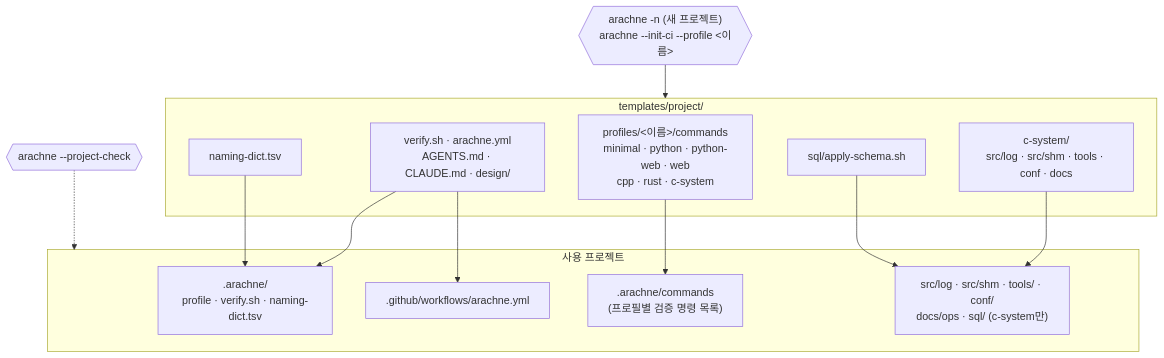
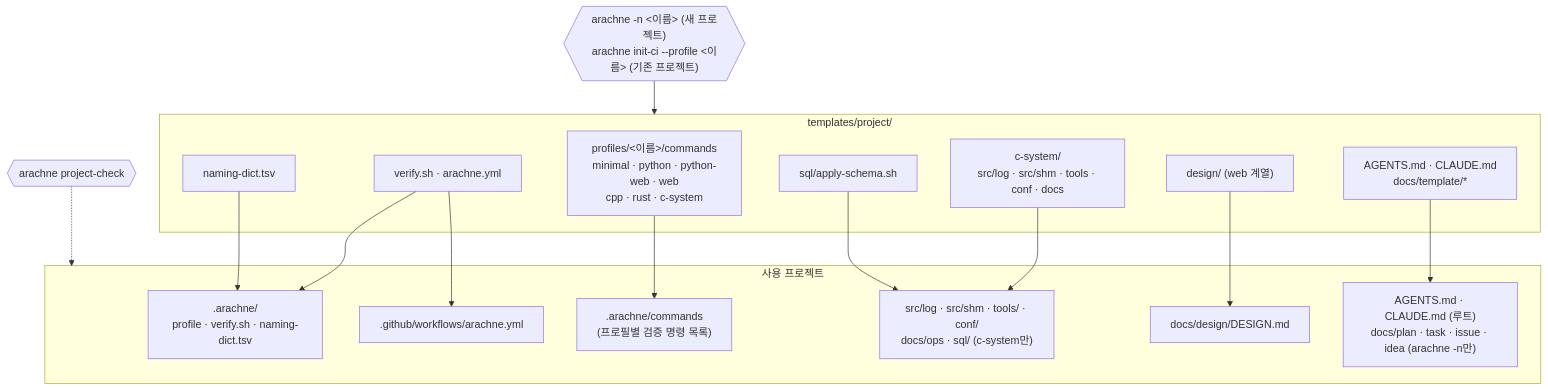
One commit to jomarusoup/Arachne changed the sixth of 7 diagrams in docs/ARCHITECTURE.md. Above: the diagram before and after it, drawn with Mermaid. The commit also changed other lines of this file and 18 other files, not shown here.

````diff
--- a/docs/ARCHITECTURE.md
+++ b/docs/ARCHITECTURE.md
@@ -437,25 +471,31 @@
 ```mermaid
 flowchart TB
-    CMD{{"arachne -n (새 프로젝트)<br/>arachne --init-ci --profile &lt;이름&gt;"}}
+    CMD{{"arachne -n &lt;이름&gt; (새 프로젝트)<br/>arachne init-ci --profile &lt;이름&gt; (기존 프로젝트)"}}
     subgraph TPL["templates/project/"]
         PROF["profiles/&lt;이름&gt;/commands<br/>minimal · python · python-web · web<br/>cpp · rust · c-system"]
-        COMMON["verify.sh · arachne.yml<br/>AGENTS.md · CLAUDE.md · design/"]
+        COMMON["verify.sh · arachne.yml"]
+        DESIGN["design/ (web 계열)"]
+        NEWONLY["AGENTS.md · CLAUDE.md<br/>docs/template/*"]
         KIT["c-system/<br/>src/log · src/shm · tools · conf · docs"]
         SQL["sql/apply-schema.sh"]
         DICT["naming-dict.tsv"]
     end
     subgraph PROJ["사용 프로젝트"]
         P_AR[".arachne/<br/>profile · verify.sh · naming-dict.tsv"]
         P_CI[".github/workflows/arachne.yml"]
         P_CMD[".arachne/commands<br/>(프로필별 검증 명령 목록)"]
         P_SRC["src/log · src/shm · tools/ · conf/<br/>docs/ops · sql/ (c-system만)"]
+        P_DOC["docs/design/DESIGN.md"]
+        P_NEW["AGENTS.md · CLAUDE.md (루트)<br/>docs/plan · task · issue · idea (arachne -n만)"]
     end
     CMD --> TPL
     PROF --> P_CMD
     COMMON --> P_AR
     COMMON --> P_CI
+    DESIGN --> P_DOC
+    NEWONLY --> P_NEW
     KIT --> P_SRC
     SQL --> P_SRC
     DICT --> P_AR
-    CHECK{{"arachne --project-check"}} -.-> PROJ
+    CHECK{{"arachne project-check"}} -.-> PROJ
 ```
````
